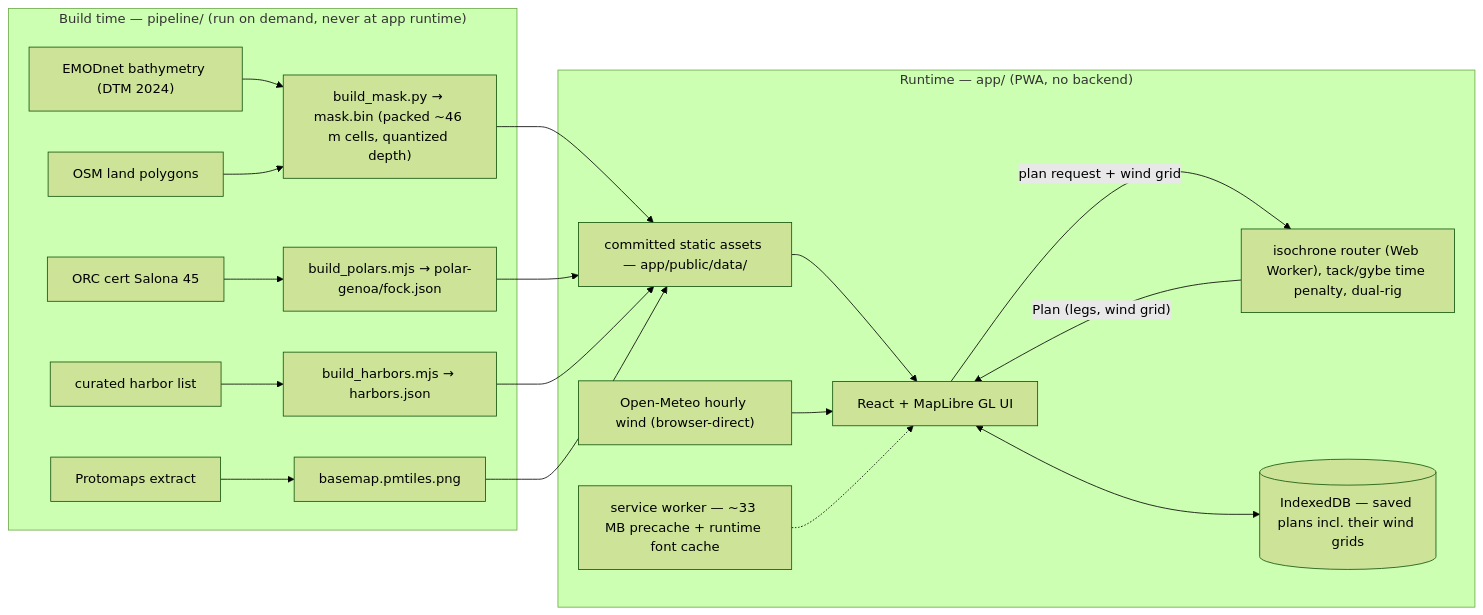
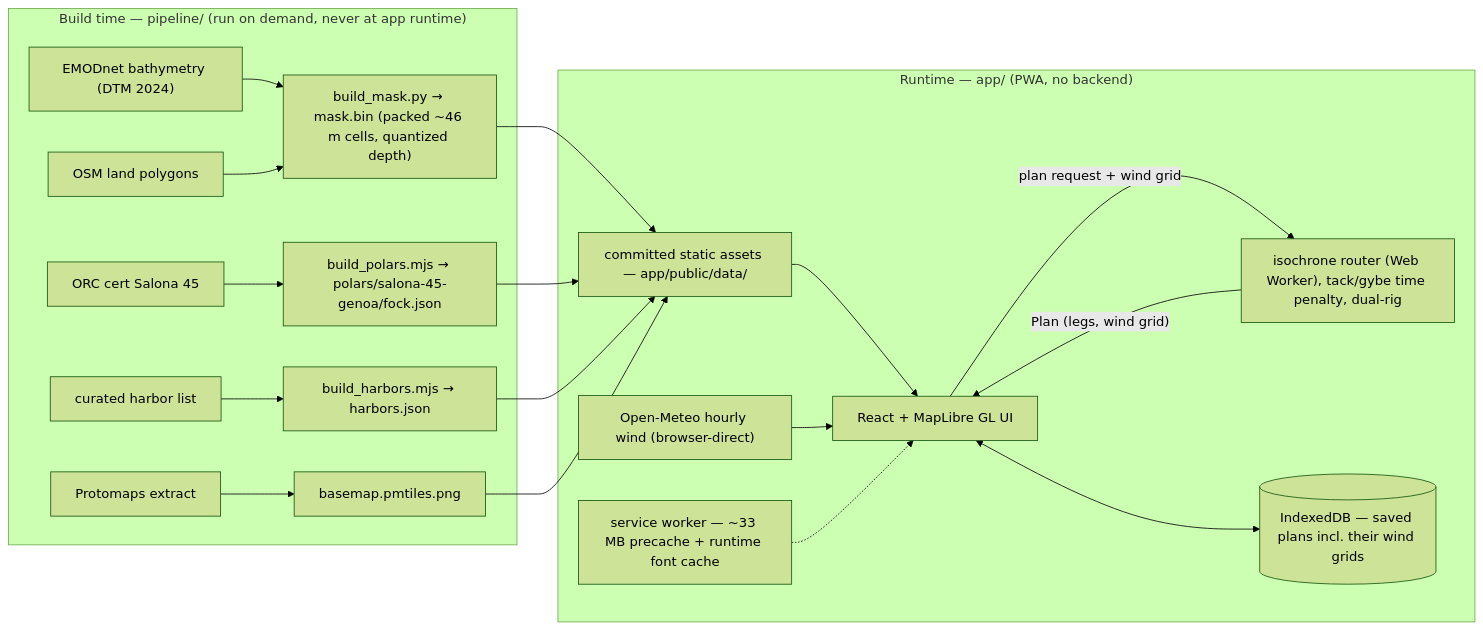
One commit to DocGerd/sail_command changed the diagram in README.md. Above: the diagram before and after it, drawn with Mermaid (forest theme). The commit also changed 6 other files, not shown here.

````diff
--- a/README.md
+++ b/README.md
@@ -118,19 +118,19 @@
 ```mermaid
 flowchart LR
   subgraph pipeline ["Build time — pipeline/ (run on demand, never at app runtime)"]
     EMOD["EMODnet bathymetry (DTM 2024)"] --> MASK["build_mask.py → mask.bin (packed ~46 m cells, quantized depth)"]
     OSMLP["OSM land polygons"] --> MASK
-    ORC["ORC cert Salona 45"] --> POLARS["build_polars.mjs → polar-genoa/fock.json"]
+    ORC["ORC cert Salona 45"] --> POLARS["build_polars.mjs → polars/salona-45-genoa/fock.json"]
     CUR["curated harbor list"] --> HARB["build_harbors.mjs → harbors.json"]
     PROTO["Protomaps extract"] --> PMT["basemap.pmtiles.png"]
   end
   MASK & POLARS & HARB & PMT --> ASSETS["committed static assets — app/public/data/"]
   subgraph app ["Runtime — app/ (PWA, no backend)"]
     ASSETS --> UI["React + MapLibre GL UI"]
     OM["Open-Meteo hourly wind (browser-direct)"] --> UI
     UI -->|"plan request + wind grid"| WORKER["isochrone router (Web Worker), tack/gybe time penalty, dual-rig"]
     WORKER -->|"Plan (legs, wind grid)"| UI
     UI <--> IDB[("IndexedDB — saved plans incl. their wind grids")]
     SW["service worker — ~33 MB precache + runtime font cache"] -.-> UI
   end
 ```
````
